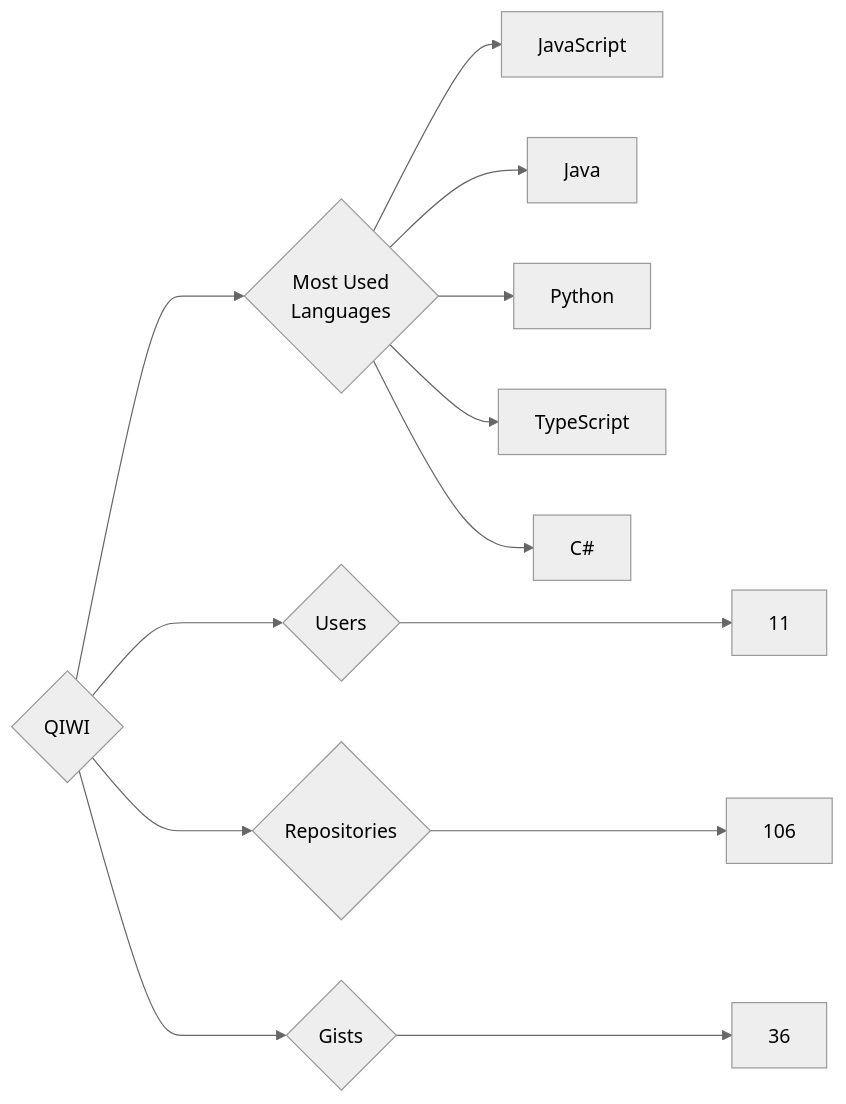
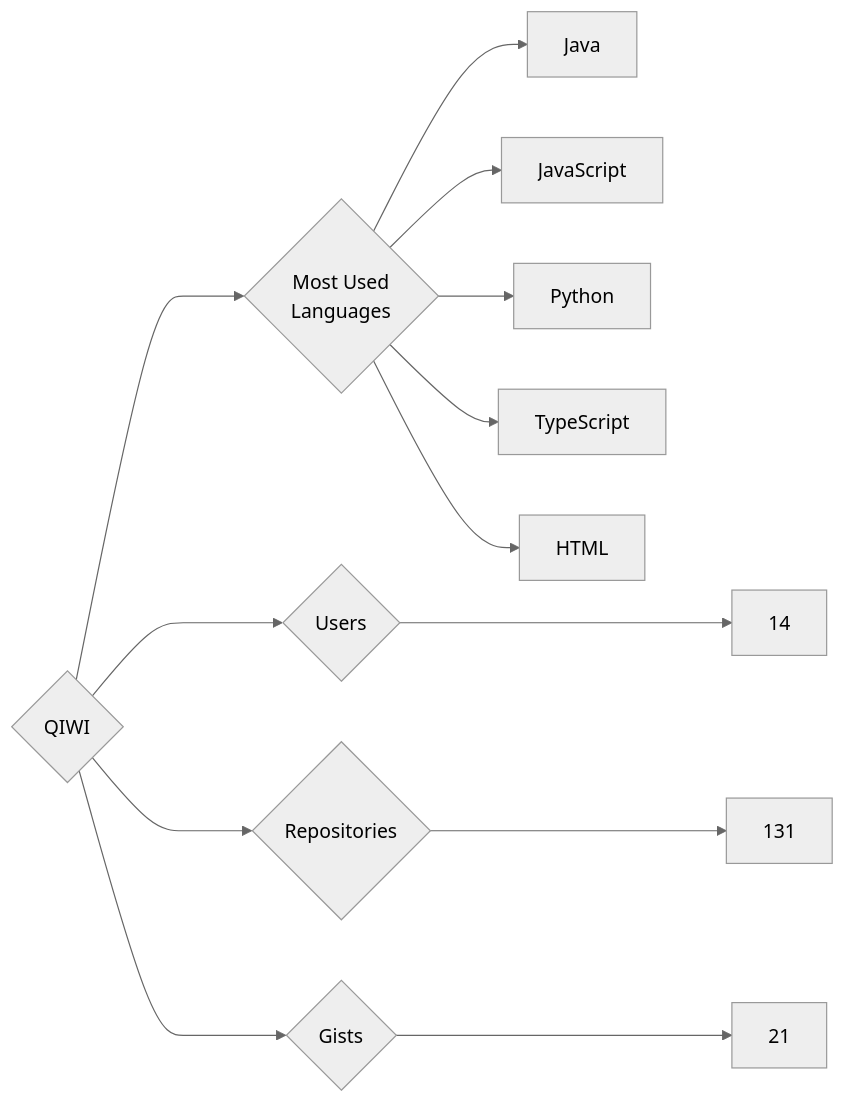
The diagram in targets/QIWI/README.md (trickest/insiders), drawn with Mermaid (neutral theme) before and after one commit. The commit also changed 995 other files, not shown here.

````diff
--- a/targets/QIWI/README.md
+++ b/targets/QIWI/README.md
@@ -3,13 +3,13 @@
 ```mermaid
 graph LR
 COMPANY_NAME{QIWI}
-COMPANY_NAME ---> U{Users} ---> UN[11]
-COMPANY_NAME ---> R{Repositories} ---> RN[106]
-COMPANY_NAME ---> G{Gists} ---> GN[36]
+COMPANY_NAME ---> U{Users} ---> UN[14]
+COMPANY_NAME ---> R{Repositories} ---> RN[131]
+COMPANY_NAME ---> G{Gists} ---> GN[21]
 COMPANY_NAME ---> ML{Most Used<br>Languages}
+ML --> Java[Java]
 ML --> JavaScript[JavaScript]
-ML --> Java[Java]
 ML --> Python[Python]
 ML --> TypeScript[TypeScript]
-ML --> C#[C#]
+ML --> HTML[HTML]
 ```
````
